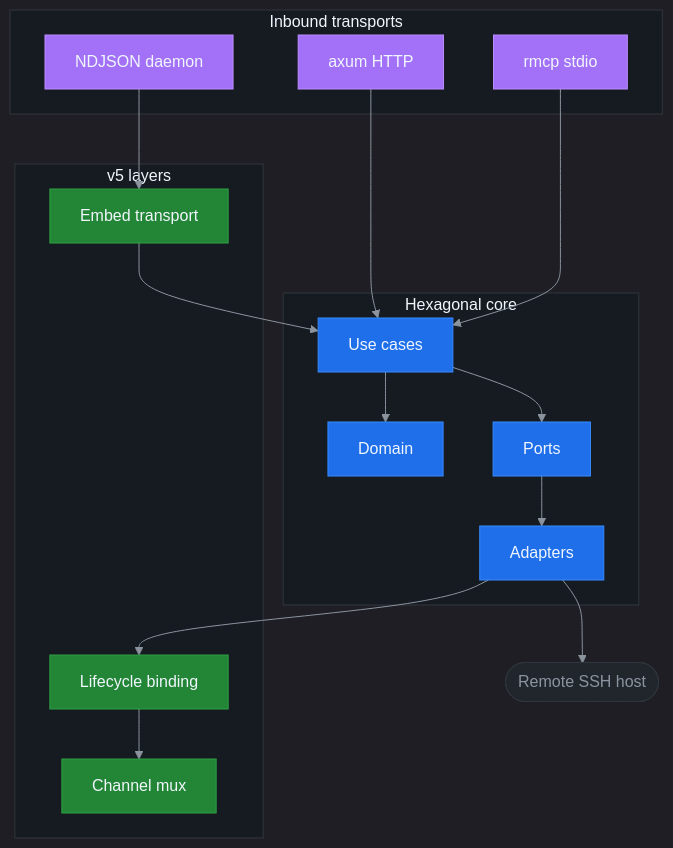
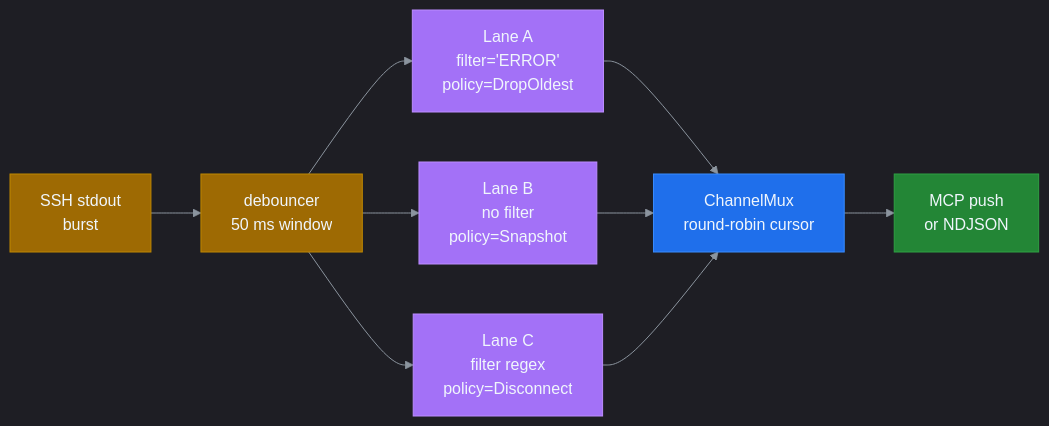
One commit to farchanjo/ssh-mcp changed the third of 3 diagrams in README.md. Above: the diagram before and after it, drawn with Mermaid. The commit also changed other lines of this file, not shown here.

````diff
--- a/README.md
+++ b/README.md
@@ -77,44 +124,29 @@
 ```mermaid
 %%{init: {'theme':'dark','themeVariables':{'primaryColor':'#1f6feb','primaryTextColor':'#f0f6fc','primaryBorderColor':'#388bfd','lineColor':'#8b949e','secondaryColor':'#161b22','tertiaryColor':'#21262d','background':'#0d1117','mainBkg':'#161b22','secondBkg':'#21262d','tertiaryBkg':'#0d1117','nodeTextColor':'#f0f6fc','edgeLabelBackground':'#21262d','clusterBkg':'#161b22','clusterBorder':'#30363d','titleColor':'#f0f6fc'}}}%%
-flowchart TB
-    subgraph Inbound["Inbound transports"]
-        HTTP["axum HTTP"]
-        STDIO["rmcp stdio"]
-        TAIL["NDJSON daemon"]
-    end
+flowchart LR
+    SRC["SSH stdout<br/>burst"]
+    DEB["debouncer<br/>50 ms window"]
+    LA["Lane A<br/>filter='ERROR'<br/>policy=DropOldest"]
+    LB["Lane B<br/>no filter<br/>policy=Snapshot"]
+    LC["Lane C<br/>filter regex<br/>policy=Disconnect"]
+    MUX["ChannelMux<br/>round-robin cursor"]
+    OUT["MCP push<br/>or NDJSON"]
 
-    subgraph Core["Hexagonal core"]
-        UC["Use cases"]
-        DOM["Domain"]
-        PORTS["Ports"]
-        ADAP["Adapters"]
-    end
+    SRC --> DEB
+    DEB --> LA
+    DEB --> LB
+    DEB --> LC
+    LA --> MUX
+    LB --> MUX
+    LC --> MUX
+    MUX --> OUT
 
-    subgraph V5["v5 layers"]
-        LIFE["Lifecycle binding"]
-        SUB["Channel mux"]
-        EMBED["Embed transport"]
-    end
-
-    SSH(["Remote SSH host"])
-
-    HTTP --> UC
-    STDIO --> UC
-    TAIL --> EMBED
-    EMBED --> UC
-    UC --> PORTS
-    PORTS --> ADAP
-    UC --> DOM
-    ADAP --> LIFE
-    LIFE --> SUB
-    ADAP --> SSH
-
-    classDef inb fill:#a371f7,color:#f0f6fc,stroke:#bc8cff
-    classDef core fill:#1f6feb,color:#f0f6fc,stroke:#388bfd
-    classDef out fill:#238636,color:#f0f6fc,stroke:#2ea043
-    classDef rem fill:#21262d,color:#8b949e,stroke:#30363d
-    class HTTP,STDIO,TAIL inb
-    class UC,DOM,PORTS,ADAP core
-    class LIFE,SUB,EMBED out
-    class SSH rem
+    classDef src fill:#9e6a03,color:#f0f6fc,stroke:#bf8700
+    classDef lane fill:#a371f7,color:#f0f6fc,stroke:#bc8cff
+    classDef rt fill:#1f6feb,color:#f0f6fc,stroke:#388bfd
+    classDef sink fill:#238636,color:#f0f6fc,stroke:#2ea043
+    class SRC,DEB src
+    class LA,LB,LC lane
+    class MUX rt
+    class OUT sink
 ```
````
